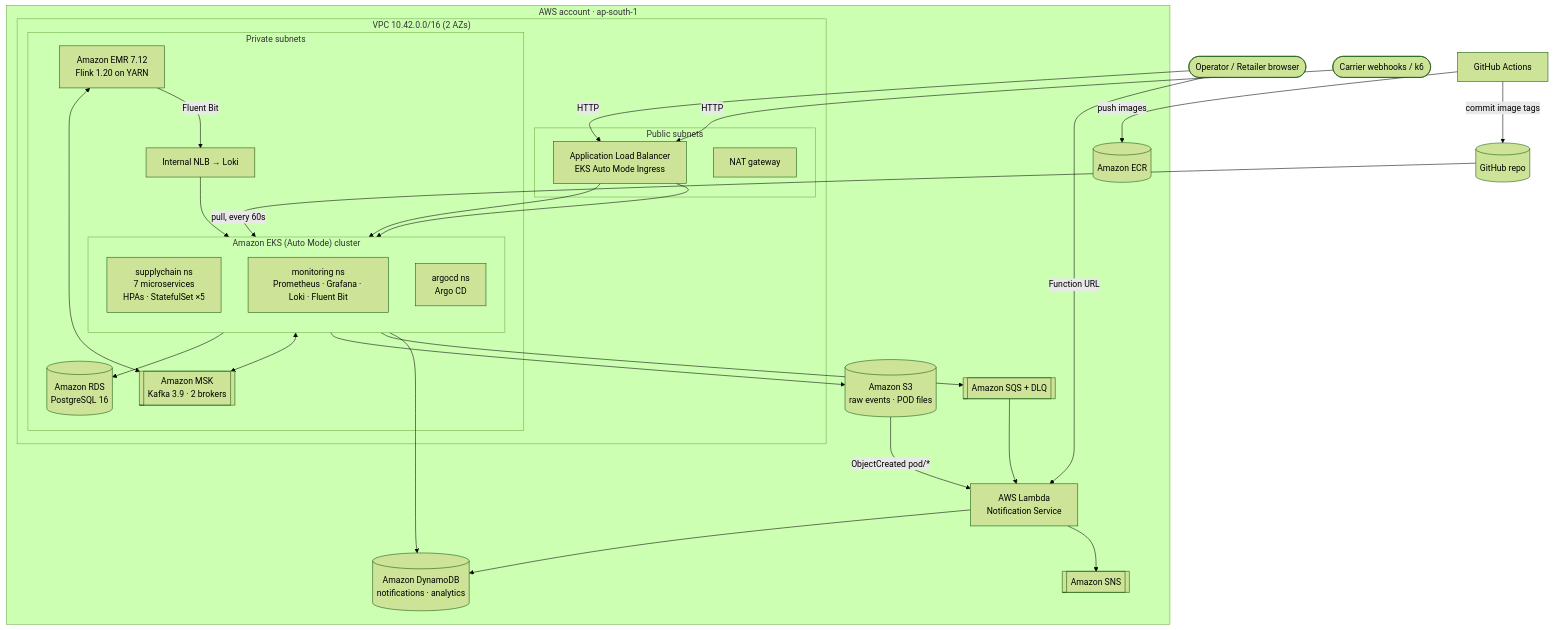
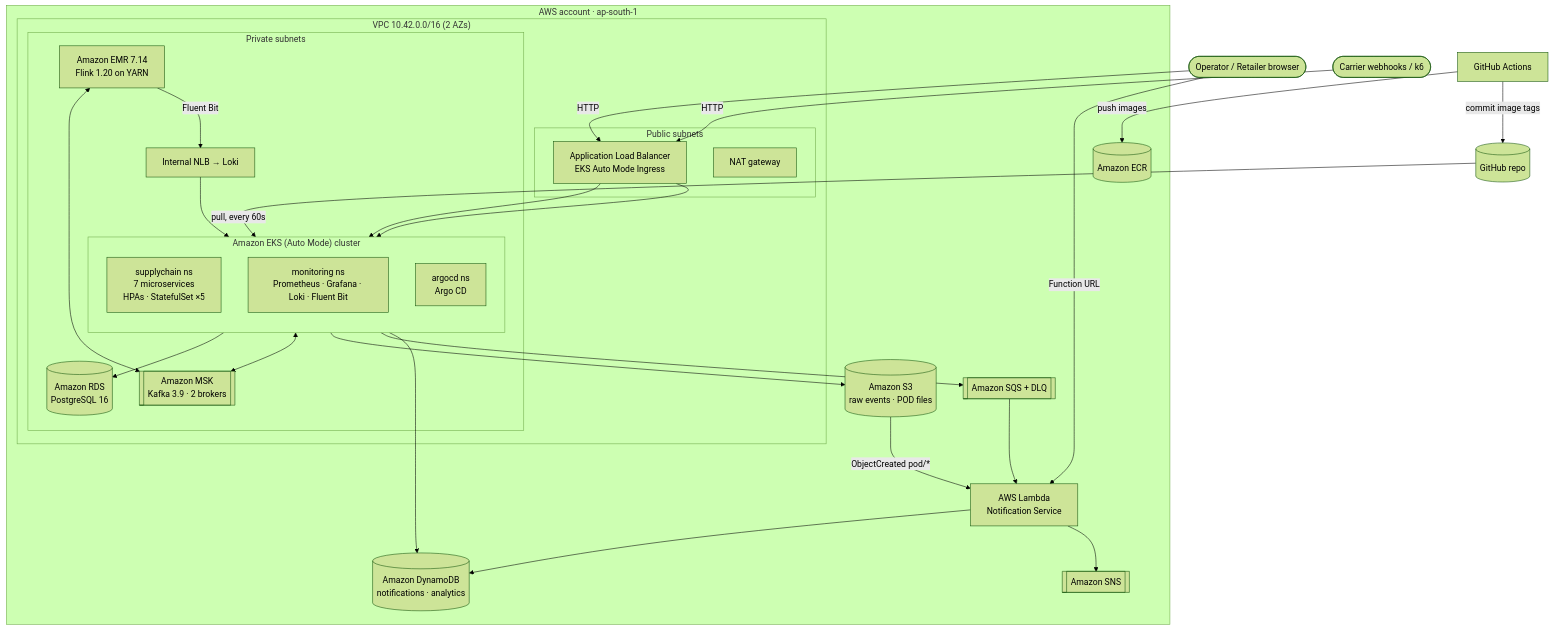
Before and after one commit to Ashutosh806/SupplyChain-Cloud: the first of 4 diagrams in docs/DESIGN.md, drawn with Mermaid (forest theme). The commit also changed other lines of this file and 136 other files, not shown here.

````diff
--- a/docs/DESIGN.md
+++ b/docs/DESIGN.md
@@ -44,47 +44,47 @@
 ```mermaid
 flowchart TB
   user([Operator / Retailer browser]) -->|HTTP| alb
   carrier([Carrier webhooks / k6]) -->|HTTP| alb
   subgraph AWS["AWS account · ap-south-1"]
     subgraph VPC["VPC 10.42.0.0/16 (2 AZs)"]
       subgraph pub["Public subnets"]
         alb[Application Load Balancer<br/>EKS Auto Mode Ingress]
         nat[NAT gateway]
       end
       subgraph priv["Private subnets"]
         subgraph EKS["Amazon EKS (Auto Mode) cluster"]
           direction TB
           apps["supplychain ns<br/>7 microservices<br/>HPAs · StatefulSet ×5"]
           mon["monitoring ns<br/>Prometheus · Grafana · Loki · Fluent Bit"]
           argo["argocd ns<br/>Argo CD"]
         end
         rds[(Amazon RDS<br/>PostgreSQL 16)]
         msk[[Amazon MSK<br/>Kafka 3.9 · 2 brokers]]
-        emr["Amazon EMR 7.12<br/>Flink 1.20 on YARN"]
+        emr["Amazon EMR 7.14<br/>Flink 1.20 on YARN"]
         nlb[Internal NLB → Loki]
       end
     end
     s3[(Amazon S3<br/>raw events · POD files)]
     ddb[(Amazon DynamoDB<br/>notifications · analytics)]
     sqs[[Amazon SQS + DLQ]]
     lambda[AWS Lambda<br/>Notification Service]
     sns[[Amazon SNS]]
     ecr[(Amazon ECR)]
   end
   github[(GitHub repo)] -->|pull, every 60s| argo
   ci[GitHub Actions] -->|push images| ecr
   ci -->|commit image tags| github
   alb --> apps
   alb --> mon
   apps --> rds
   apps <--> msk
   emr <--> msk
   apps --> s3
   apps --> sqs --> lambda
   s3 -->|ObjectCreated pod/*| lambda
   lambda --> ddb
   lambda --> sns
   apps --> ddb
   emr -->|Fluent Bit| nlb --> mon
   user -->|Function URL| lambda
 ```
````
